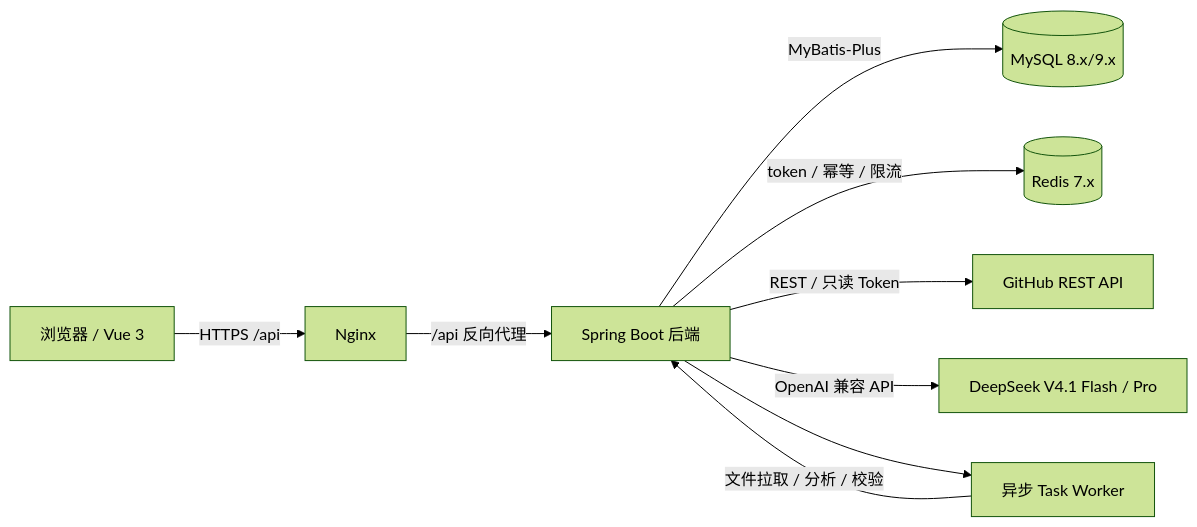
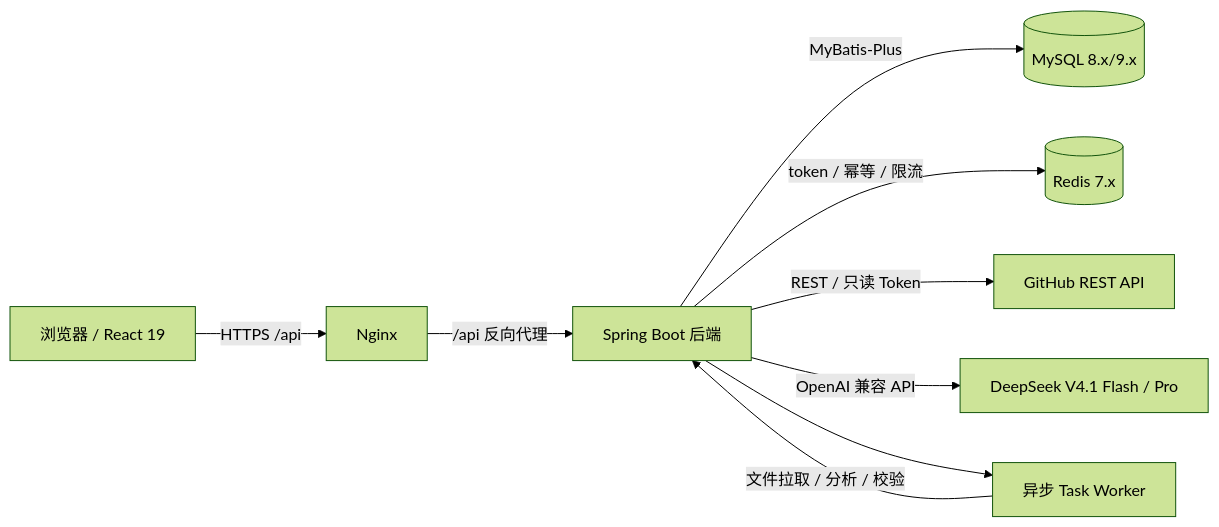
The first of 6 diagrams in docs/答辩/后端架构与数据图.md (element-17/ai-pr-review), drawn with Mermaid (forest theme) before and after one commit. The commit also changed other lines of this file and 15 other files, not shown here.

````diff
--- a/docs/答辩/后端架构与数据图.md
+++ b/docs/答辩/后端架构与数据图.md
@@ -7,11 +7,11 @@
 ```mermaid
 flowchart LR
-  U[浏览器 / Vue 3] -->|HTTPS /api| N[Nginx]
+  U[浏览器 / React 19] -->|HTTPS /api| N[Nginx]
   N -->|/api 反向代理| B[Spring Boot 后端]
   B -->|MyBatis-Plus| DB[(MySQL 8.x/9.x)]
   B -->|token / 幂等 / 限流| R[(Redis 7.x)]
   B -->|REST / 只读 Token| GH[GitHub REST API]
   B -->|OpenAI 兼容 API| AI[DeepSeek V4.1 Flash / Pro]
   B --> W[异步 Task Worker]
   W -->|文件拉取 / 分析 / 校验| B
 ```
````
